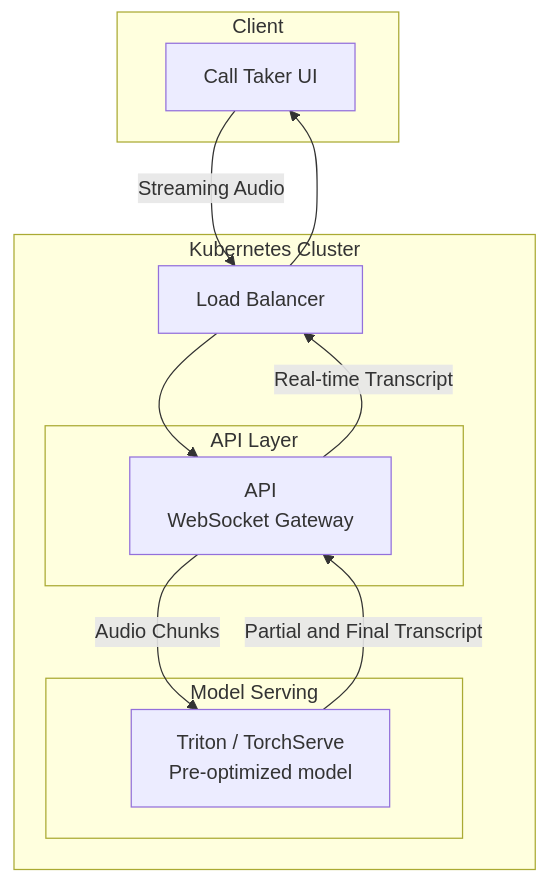
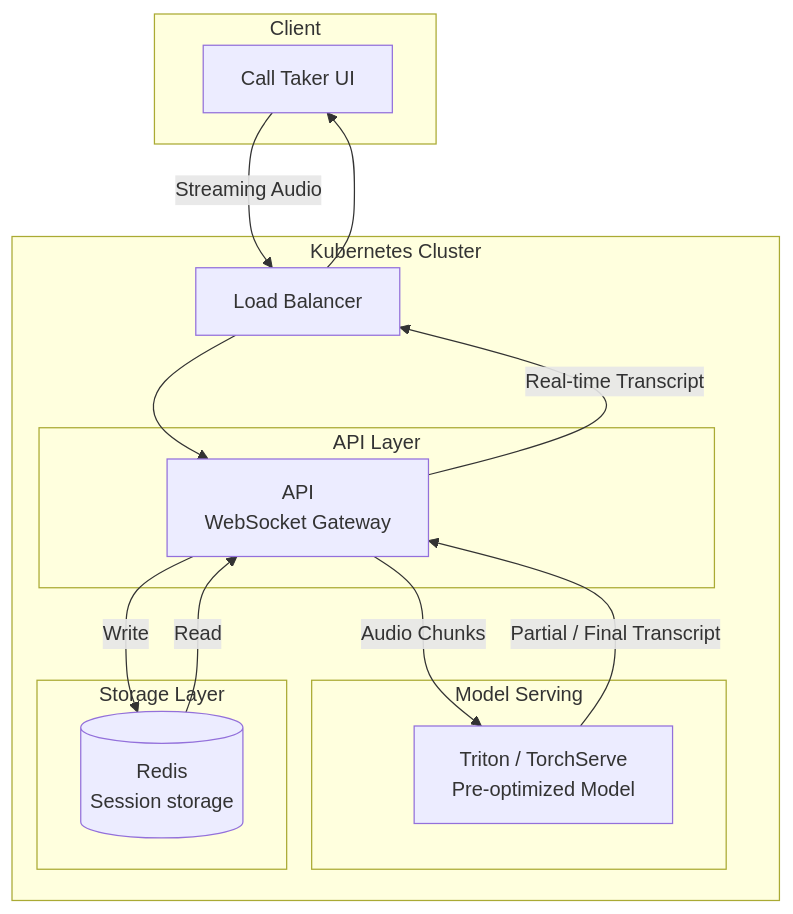
Before and after one commit to lilyle-2211/inference-template: the diagram in mermaid/deployment_diagram.md, drawn with Mermaid.

Commit message:
fix: add storage layer in mermaid diagram

````diff
--- a/mermaid/deployment_diagram.md
+++ b/mermaid/deployment_diagram.md
@@ -1,25 +1,33 @@
 ```mermaid
 flowchart TB
     subgraph Client
         A[Call Taker UI]
     end
 
     subgraph Kubernetes_Cluster["Kubernetes Cluster"]
         B[Load Balancer]
 
         subgraph API_Layer["API Layer"]
             C[API<br>WebSocket Gateway]
         end
 
         subgraph Model_Serving_Layer["Model Serving"]
-            D[Triton / TorchServe<br>Pre-optimized model]
+            D[Triton / TorchServe<br>Pre-optimized Model]
+        end
+
+        subgraph Storage_Layer["Storage Layer"]
+            E[(Redis<br>Session storage)]
         end
     end
 
     A -->|Streaming Audio| B
     B --> C
     C -->|Audio Chunks| D
-    D -->|Partial and Final Transcript| C
+    D -->|Partial / Final Transcript| C
     C -->|Real-time Transcript| B
     B --> A
+
+    %% Redis interaction
+    C -->|Write| E
+    E -->|Read| C
 ```
````
